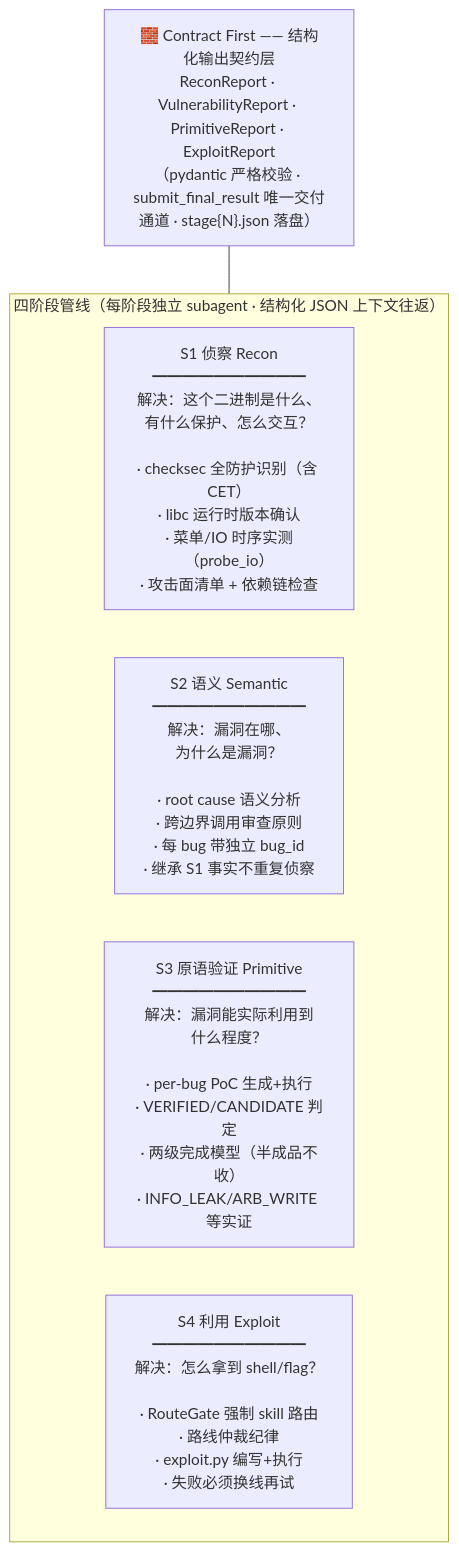
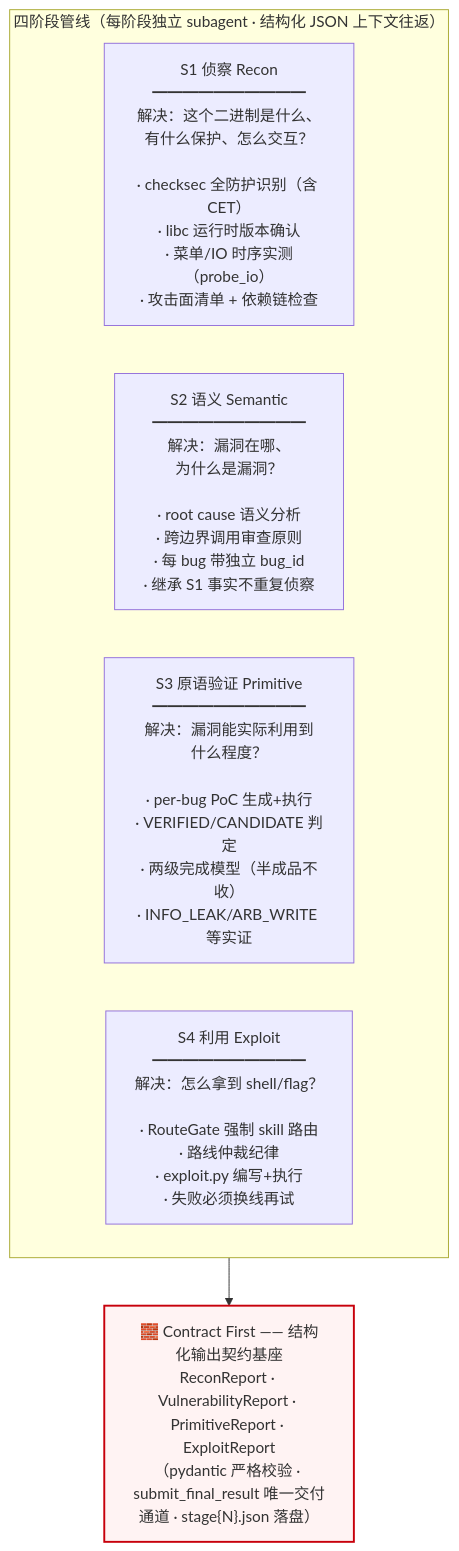
The first of 2 diagrams in README.md (wodn2011/leanagent), drawn with Mermaid before and after one commit.

Commit message:
README: Contract-First 基座图调整为 S1-S4 一行在上、契约层一行在下（基座寓意）

````diff
--- a/README.md
+++ b/README.md
@@ -9,14 +9,16 @@
 ```mermaid
 flowchart TB
-    CF["🧱 Contract First —— 结构化输出契约层<br/>ReconReport · VulnerabilityReport · PrimitiveReport · ExploitReport<br/>（pydantic 严格校验 · submit_final_result 唯一交付通道 · stage{N}.json 落盘）"]
-
     subgraph PIPE["四阶段管线（每阶段独立 subagent · 结构化 JSON 上下文往返）"]
         direction LR
         S1["S1 侦察 Recon<br/>━━━━━━━━━━<br/>解决：这个二进制是什么、<br/>有什么保护、怎么交互？<br/><br/>· checksec 全防护识别（含 CET）<br/>· libc 运行时版本确认<br/>· 菜单/IO 时序实测（probe_io）<br/>· 攻击面清单 + 依赖链检查"]
         S2["S2 语义 Semantic<br/>━━━━━━━━━━<br/>解决：漏洞在哪、<br/>为什么是漏洞？<br/><br/>· root cause 语义分析<br/>· 跨边界调用审查原则<br/>· 每 bug 带独立 bug_id<br/>· 继承 S1 事实不重复侦察"]
         S3["S3 原语验证 Primitive<br/>━━━━━━━━━━<br/>解决：漏洞能实际利用到<br/>什么程度？<br/><br/>· per-bug PoC 生成+执行<br/>· VERIFIED/CANDIDATE 判定<br/>· 两级完成模型（半成品不收）<br/>· INFO_LEAK/ARB_WRITE 等实证"]
         S4["S4 利用 Exploit<br/>━━━━━━━━━━<br/>解决：怎么拿到 shell/flag？<br/><br/>· RouteGate 强制 skill 路由<br/>· 路线仲裁纪律<br/>· exploit.py 编写+执行<br/>· 失败必须换线再试"]
     end
 
-    CF --- PIPE
+    CF["🧱 Contract First —— 结构化输出契约基座<br/>ReconReport · VulnerabilityReport · PrimitiveReport · ExploitReport<br/>（pydantic 严格校验 · submit_final_result 唯一交付通道 · stage{N}.json 落盘）"]
+
+    PIPE --> CF
+
+    style CF fill:#fff3f3,stroke:#c7000b,stroke-width:2px
 ```
````
